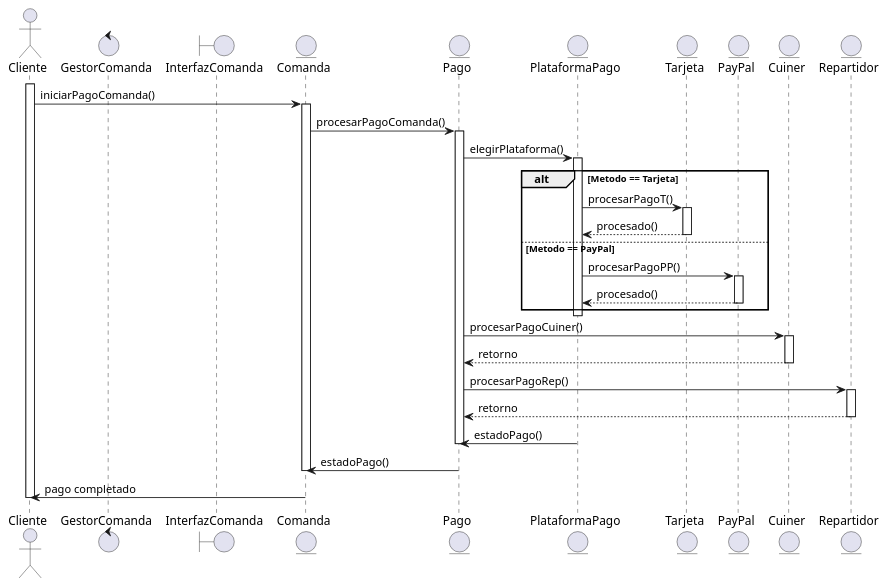
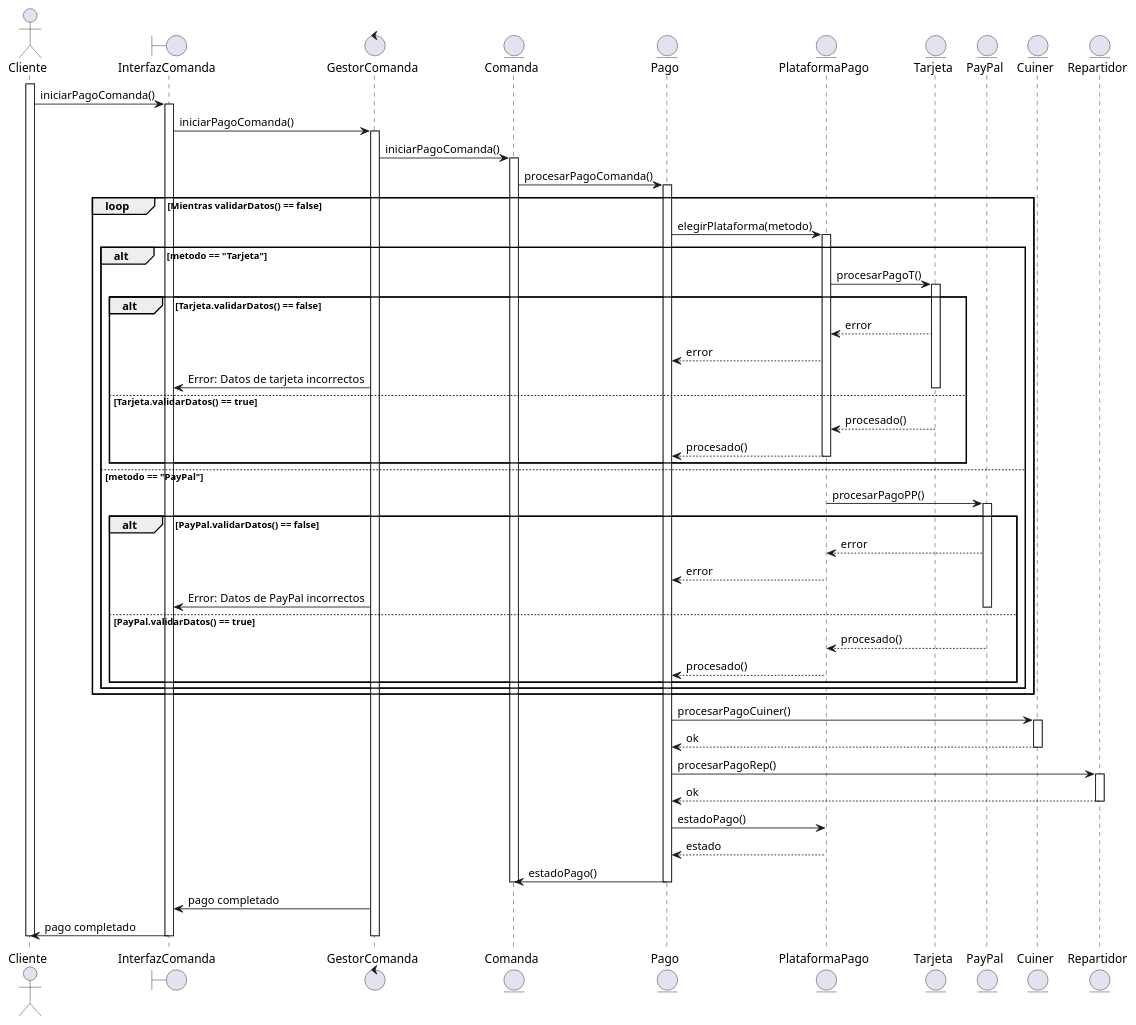
Before and after one commit to dabien3/ES25UAB-511-05: the diagram in documents/Diagramas Secuencia/CodigoUML/bloq4.pUML, drawn with PlantUML.

```diff
--- a/documents/Diagramas Secuencia/CodigoUML/bloq4.pUML
+++ b/documents/Diagramas Secuencia/CodigoUML/bloq4.pUML
@@ -1,55 +1,72 @@
 @startuml
 actor Cliente
+boundary InterfazComanda
 control GestorComanda
-boundary InterfazComanda
 entity Comanda
 entity Pago
 entity PlataformaPago
 entity Tarjeta
 entity PayPal
 entity Cuiner
 entity Repartidor
-
 activate Cliente
-Cliente -> Comanda : iniciarPagoComanda()
+Cliente -> InterfazComanda : iniciarPagoComanda()
+activate InterfazComanda
+InterfazComanda -> GestorComanda : iniciarPagoComanda()
+activate GestorComanda
+GestorComanda -> Comanda : iniciarPagoComanda()
 activate Comanda
-
 Comanda -> Pago : procesarPagoComanda()
 activate Pago
-
-Pago -> PlataformaPago : elegirPlataforma()
-activate PlataformaPago
-
-alt Metodo == Tarjeta
-    PlataformaPago -> Tarjeta : procesarPagoT()
-    activate Tarjeta
-    return procesado()
-    deactivate Tarjeta
-else Metodo == PayPal
-    PlataformaPago -> PayPal : procesarPagoPP()
-    activate PayPal
-    return procesado()
-    deactivate PayPal
-end
-deactivate PlataformaPago
-
+loop Mientras validarDatos() == false
+ Pago -> PlataformaPago : elegirPlataforma(metodo)
+    activate PlataformaPago
+ alt metodo == "Tarjeta"
+        PlataformaPago -> Tarjeta : procesarPagoT()
+        activate Tarjeta
+        alt Tarjeta.validarDatos() == false
+            Tarjeta --> PlataformaPago : error
+            PlataformaPago --> Pago : error
+            GestorComanda -> InterfazComanda : Error: Datos de tarjeta incorrectos
+            deactivate Tarjeta
+else Tarjeta.validarDatos() == true
+            Tarjeta --> PlataformaPago : procesado()
+            PlataformaPago --> Pago : procesado()
+            deactivate Tarjeta
+            deactivate PlataformaPago
+        end
+    else metodo == "PayPal"
+        PlataformaPago -> PayPal : procesarPagoPP()
+        activate PayPal
+        alt PayPal.validarDatos() == false
+            PayPal --> PlataformaPago : error
+            PlataformaPago --> Pago : error
+            GestorComanda -> InterfazComanda : Error: Datos de PayPal incorrectos
+            deactivate PayPal
+        else PayPal.validarDatos() == true
+            PayPal --> PlataformaPago : procesado()
+            PlataformaPago --> Pago : procesado()
+            deactivate PayPal
+            deactivate PlataformaPago
+ end
+ end
+end loop
 Pago -> Cuiner : procesarPagoCuiner()
 activate Cuiner
-return retorno
+Cuiner --> Pago : ok
 deactivate Cuiner
-
 Pago -> Repartidor : procesarPagoRep()
 activate Repartidor
-return retorno
+Repartidor --> Pago : ok
 deactivate Repartidor
-
-PlataformaPago -> Pago : estadoPago()
-
+Pago -> PlataformaPago : estadoPago()
+PlataformaPago --> Pago : estado
+Pago -> Comanda : estadoPago()
 deactivate Pago
-
-Comanda <- Pago : estadoPago()
 deactivate Comanda
-
-Cliente <- Comanda : pago completado
+GestorComanda -> InterfazComanda : pago completado
+InterfazComanda -> Cliente : pago completado
+deactivate GestorComanda
+deactivate InterfazComanda
 deactivate Cliente
 @enduml
```
